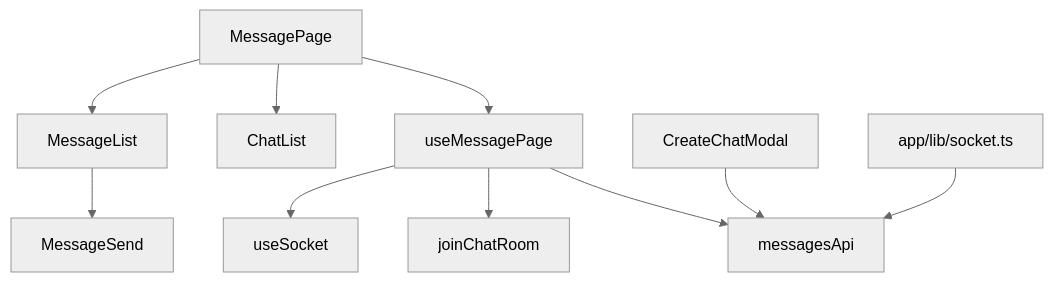
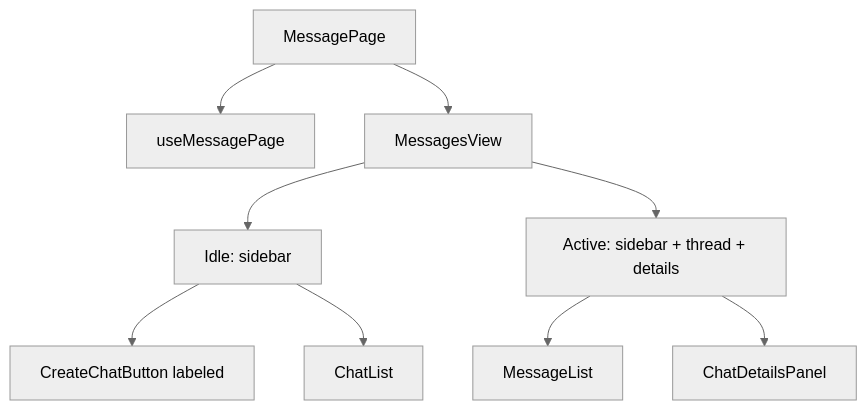
One commit to invatemi/social-network-frontend-react changed the diagram in docs/messaging/overview.md. Above: the diagram before and after it, drawn with Mermaid (neutral theme). The commit also changed other lines of this file and 237 other files, not shown here.

````diff
--- a/docs/messaging/overview.md
+++ b/docs/messaging/overview.md
@@ -31,12 +29,11 @@
 ```mermaid
 flowchart TB
-  MessagePage --> useMessagePage
-  useMessagePage --> messagesApi
-  useMessagePage --> joinChatRoom
-  useMessagePage --> useSocket
-  MessagePage --> ChatList
-  MessagePage --> MessageList
-  MessageList --> MessageSend
-  CreateChatModal --> messagesApi
-  socket["app/lib/socket.ts"] --> messagesApi
+  MessagePage["MessagePage"] --> Hook["useMessagePage"]
+  MessagePage --> View["MessagesView"]
+  View --> Idle["Idle: sidebar"]
+  View --> Active["Active: sidebar + thread + details"]
+  Idle --> Create["CreateChatButton labeled"]
+  Idle --> ChatList["ChatList"]
+  Active --> MessageList["MessageList"]
+  Active --> Details["ChatDetailsPanel"]
 ```
````
